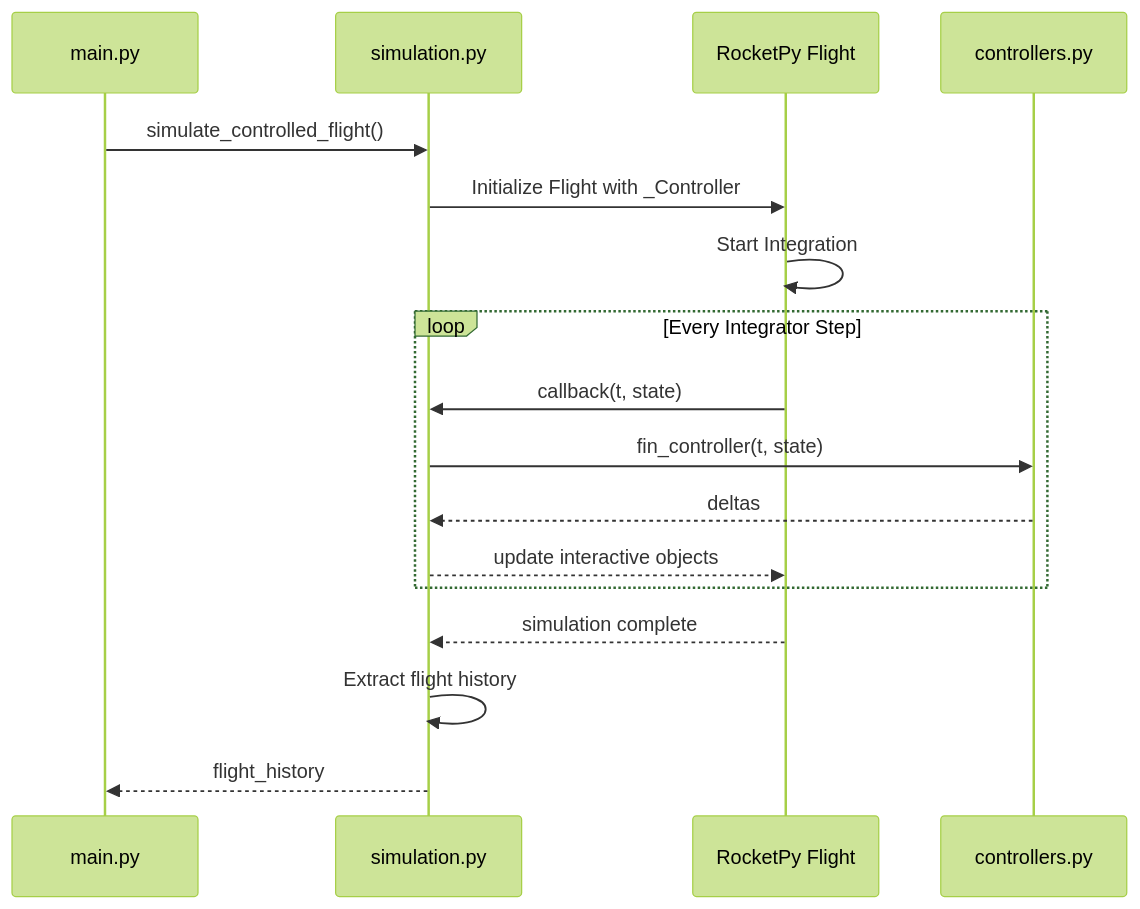
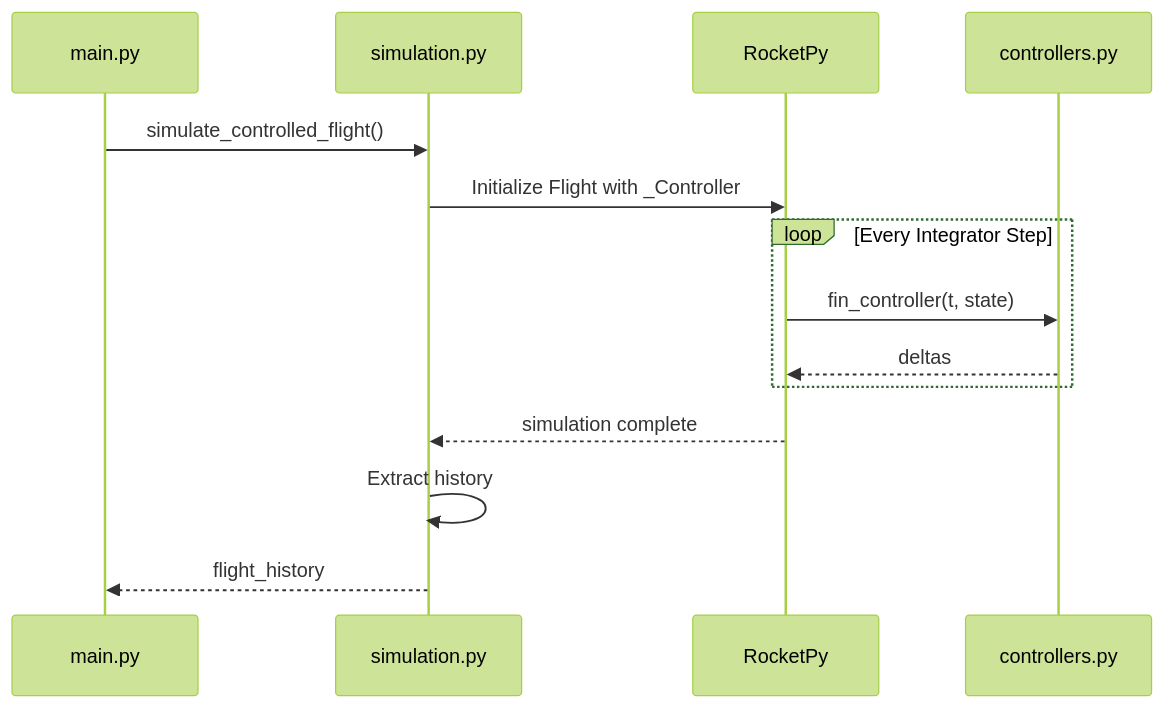
One commit to Zalex10GG/Rocket-trajectory-control changed the diagram in docs/modules/simulation.md. Above: the diagram before and after it, drawn with Mermaid (forest theme). The commit also changed other lines of this file and 17 other files, not shown here.

````diff
--- a/docs/modules/simulation.md
+++ b/docs/modules/simulation.md
@@ -11,22 +11,17 @@
 ```mermaid
 sequenceDiagram
     participant Main as main.py
     participant Sim as simulation.py
-    participant RP as RocketPy Flight
+    participant RP as RocketPy
     participant Ctrl as controllers.py
     
     Main->>Sim: simulate_controlled_flight()
     Sim->>RP: Initialize Flight with _Controller
-    RP->>RP: Start Integration
-    
     loop Every Integrator Step
-        RP->>Sim: callback(t, state)
-        Sim->>Ctrl: fin_controller(t, state)
-        Ctrl-->>Sim: deltas
-        Sim-->>RP: update interactive objects
+        RP->>Ctrl: fin_controller(t, state)
+        Ctrl-->>RP: deltas
     end
-    
     RP-->>Sim: simulation complete
-    Sim->>Sim: Extract flight history
+    Sim->>Sim: Extract history
     Sim-->>Main: flight_history
 ```
````
